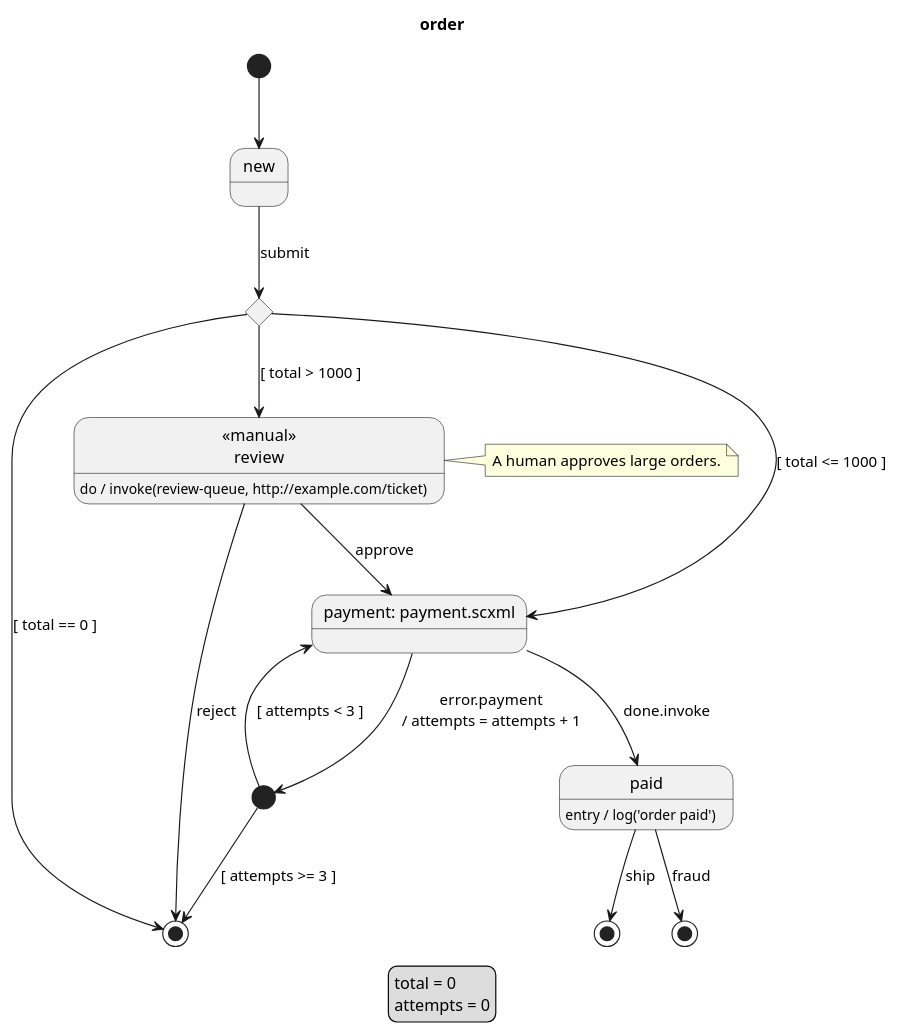
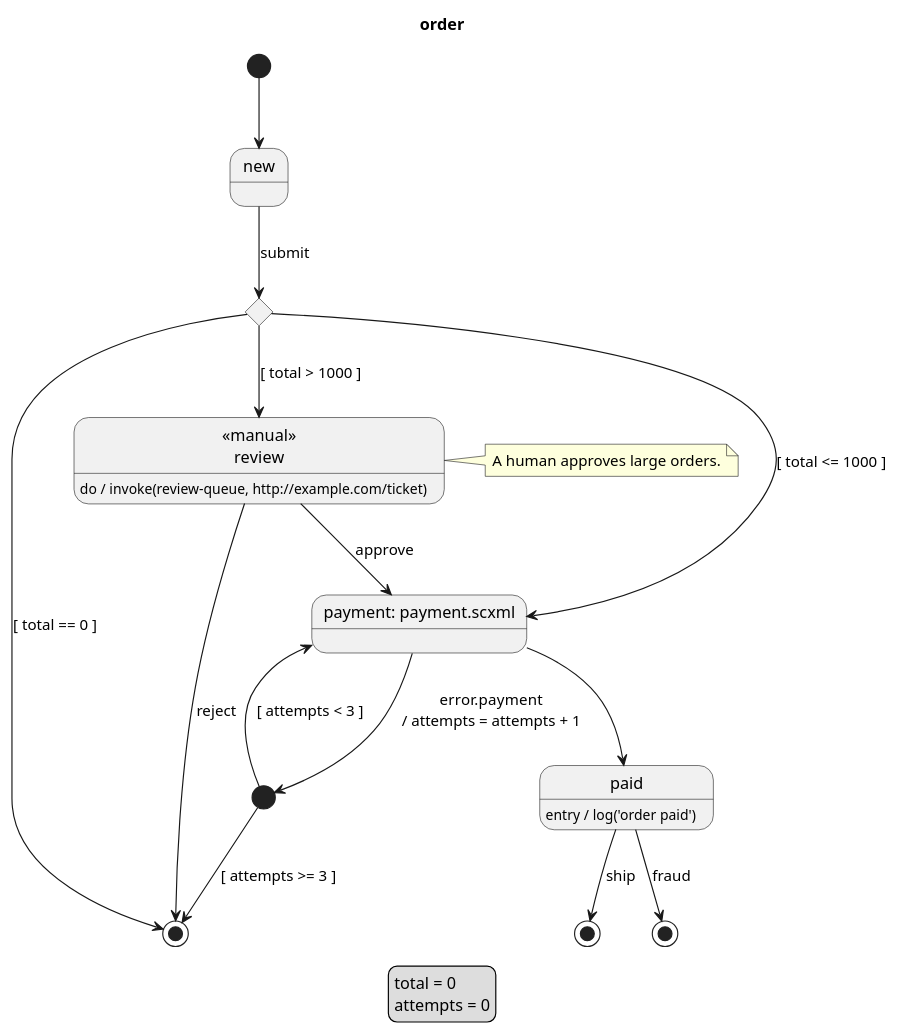
One commit to vincedupuis/transplantUML changed the diagram in example/order.puml. Above: the diagram before and after it, drawn with PlantUML. The commit also changed 9 other files, not shown here.

```diff
--- a/example/order.puml
+++ b/example/order.puml
@@ -1,32 +1,32 @@
 @startuml
 title order
 legend
     total = 0
     attempts = 0
 endlegend
 [*] --> new
 state new
 state check <<choice>>
 state "«manual»\nreview" as review <<manual>>
 review : do / invoke(review-queue, http://example.com/ticket)
 note right of review : A human approves large orders.
 state "payment: payment.scxml" as payment
 state retry <<start>>
 state paid
 paid : entry / log('order paid')
 state shipped <<end>>
 state rejected <<end>>
 state killed <<end>>
 new --> check: submit
 check --> rejected: [ total == 0 ]
 check --> review: [ total > 1000 ]
 check --> payment: [ total <= 1000 ]
 review --> payment: approve
 review --> rejected: reject
-payment --> paid: done.invoke
+payment --> paid
 payment --> retry: error.payment\n/ attempts = attempts + 1
 retry --> payment: [ attempts < 3 ]
 retry --> rejected: [ attempts >= 3 ]
 paid --> shipped: ship
 paid --> killed: fraud
 @enduml
```
